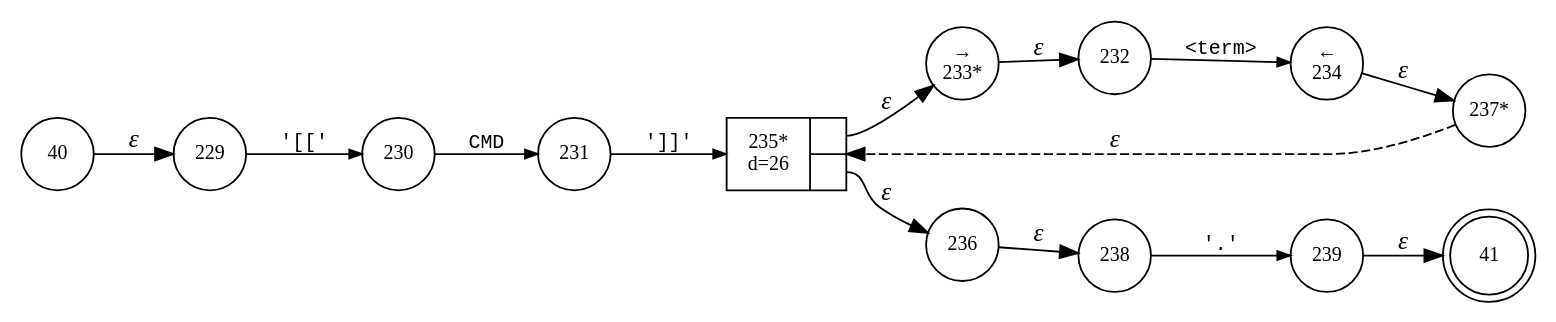
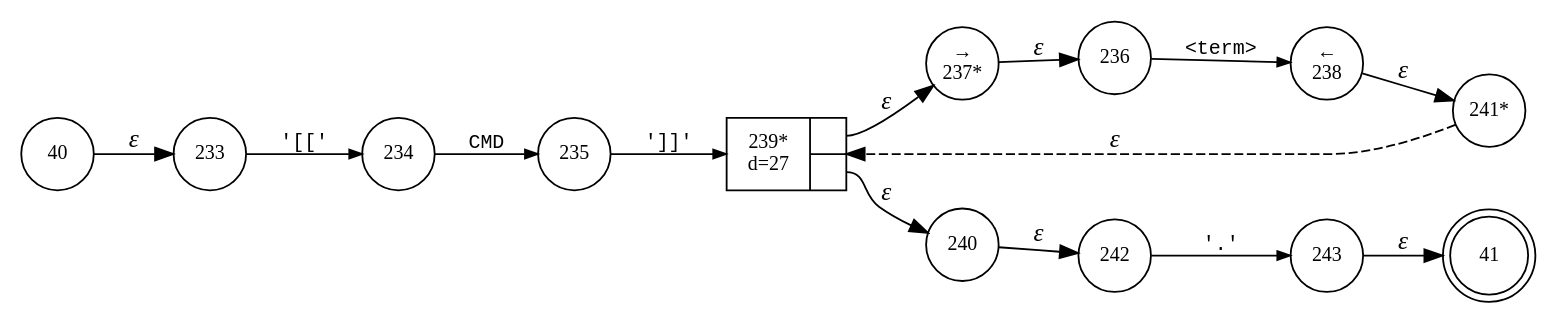
Before and after one commit to vulogov/Bund2: the diagram in internal/parser/Bund.operation_term.dot, drawn with Graphviz. The commit also changed 38 other files, not shown here.

```diff
--- a/internal/parser/Bund.operation_term.dot
+++ b/internal/parser/Bund.operation_term.dot
@@ -1,29 +1,29 @@
 digraph ATN {
 rankdir=LR;
 s41[fontsize=11, label="41", shape=doublecircle, fixedsize=true, width=.6];
-s229[fontsize=11,label="229", shape=circle, fixedsize=true, width=.55, peripheries=1];
-s230[fontsize=11,label="230", shape=circle, fixedsize=true, width=.55, peripheries=1];
-s231[fontsize=11,label="231", shape=circle, fixedsize=true, width=.55, peripheries=1];
 s40[fontsize=11,label="40", shape=circle, fixedsize=true, width=.55, peripheries=1];
-s232[fontsize=11,label="232", shape=circle, fixedsize=true, width=.55, peripheries=1];
-s233[fontsize=11,label="&rarr;\n233*", shape=circle, fixedsize=true, width=.55, peripheries=1];
-s234[fontsize=11,label="&larr;\n234", shape=circle, fixedsize=true, width=.55, peripheries=1];
-s235[fontsize=11,label="{235*\nd=26|{<p0>|<p1>}}", shape=record, fixedsize=false, peripheries=1];
+s233[fontsize=11,label="233", shape=circle, fixedsize=true, width=.55, peripheries=1];
+s234[fontsize=11,label="234", shape=circle, fixedsize=true, width=.55, peripheries=1];
+s235[fontsize=11,label="235", shape=circle, fixedsize=true, width=.55, peripheries=1];
 s236[fontsize=11,label="236", shape=circle, fixedsize=true, width=.55, peripheries=1];
-s237[fontsize=11,label="237*", shape=circle, fixedsize=true, width=.55, peripheries=1];
-s238[fontsize=11,label="238", shape=circle, fixedsize=true, width=.55, peripheries=1];
-s239[fontsize=11,label="239", shape=circle, fixedsize=true, width=.55, peripheries=1];
-s40 -> s229 [fontname="Times-Italic", label="&epsilon;"];
-s229 -> s230 [fontsize=11, fontname="Courier", arrowsize=.7, label = "'[['", arrowhead = normal];
-s230 -> s231 [fontsize=11, fontname="Courier", arrowsize=.7, label = "CMD", arrowhead = normal];
-s231 -> s235 [fontsize=11, fontname="Courier", arrowsize=.7, label = "']]'", arrowhead = normal];
-s235:p0 -> s233 [fontname="Times-Italic", label="&epsilon;"];
-s235:p1 -> s236 [fontname="Times-Italic", label="&epsilon;"];
-s233 -> s232 [fontname="Times-Italic", label="&epsilon;"];
-s236 -> s238 [fontname="Times-Italic", label="&epsilon;"];
-s232 -> s234 [fontsize=11, fontname="Courier", arrowsize=.7, label = "<term>", arrowhead = normal];
-s238 -> s239 [fontsize=11, fontname="Courier", arrowsize=.7, label = "'.'", arrowhead = normal];
-s234 -> s237 [fontname="Times-Italic", label="&epsilon;"];
-s239 -> s41 [fontname="Times-Italic", label="&epsilon;"];
-s237 -> s235 [fontname="Times-Italic", label="&epsilon;", style="dashed"];
+s237[fontsize=11,label="&rarr;\n237*", shape=circle, fixedsize=true, width=.55, peripheries=1];
+s238[fontsize=11,label="&larr;\n238", shape=circle, fixedsize=true, width=.55, peripheries=1];
+s239[fontsize=11,label="{239*\nd=27|{<p0>|<p1>}}", shape=record, fixedsize=false, peripheries=1];
+s240[fontsize=11,label="240", shape=circle, fixedsize=true, width=.55, peripheries=1];
+s241[fontsize=11,label="241*", shape=circle, fixedsize=true, width=.55, peripheries=1];
+s242[fontsize=11,label="242", shape=circle, fixedsize=true, width=.55, peripheries=1];
+s243[fontsize=11,label="243", shape=circle, fixedsize=true, width=.55, peripheries=1];
+s40 -> s233 [fontname="Times-Italic", label="&epsilon;"];
+s233 -> s234 [fontsize=11, fontname="Courier", arrowsize=.7, label = "'[['", arrowhead = normal];
+s234 -> s235 [fontsize=11, fontname="Courier", arrowsize=.7, label = "CMD", arrowhead = normal];
+s235 -> s239 [fontsize=11, fontname="Courier", arrowsize=.7, label = "']]'", arrowhead = normal];
+s239:p0 -> s237 [fontname="Times-Italic", label="&epsilon;"];
+s239:p1 -> s240 [fontname="Times-Italic", label="&epsilon;"];
+s237 -> s236 [fontname="Times-Italic", label="&epsilon;"];
+s240 -> s242 [fontname="Times-Italic", label="&epsilon;"];
+s236 -> s238 [fontsize=11, fontname="Courier", arrowsize=.7, label = "<term>", arrowhead = normal];
+s242 -> s243 [fontsize=11, fontname="Courier", arrowsize=.7, label = "'.'", arrowhead = normal];
+s238 -> s241 [fontname="Times-Italic", label="&epsilon;"];
+s243 -> s41 [fontname="Times-Italic", label="&epsilon;"];
+s241 -> s239 [fontname="Times-Italic", label="&epsilon;", style="dashed"];
 }
```
